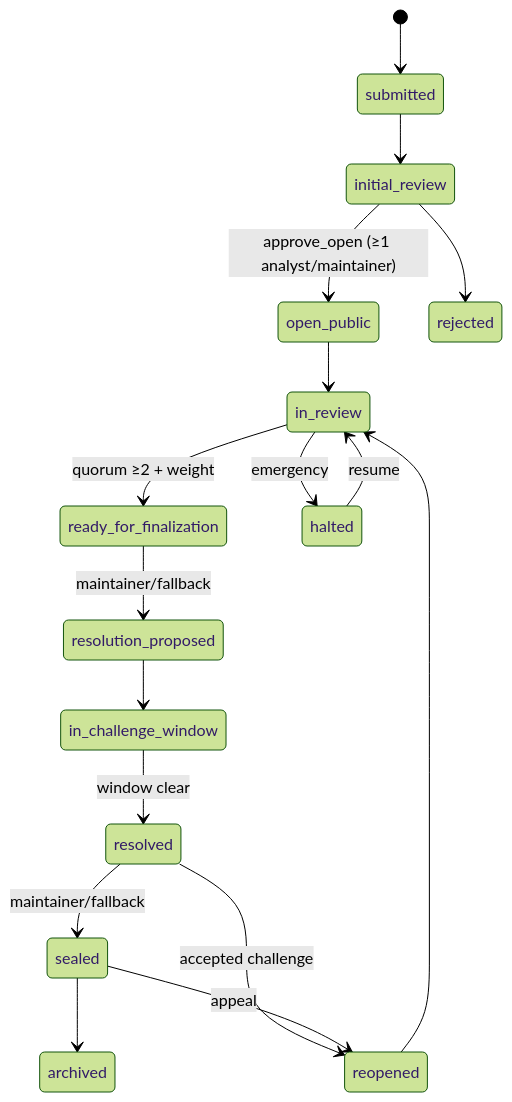
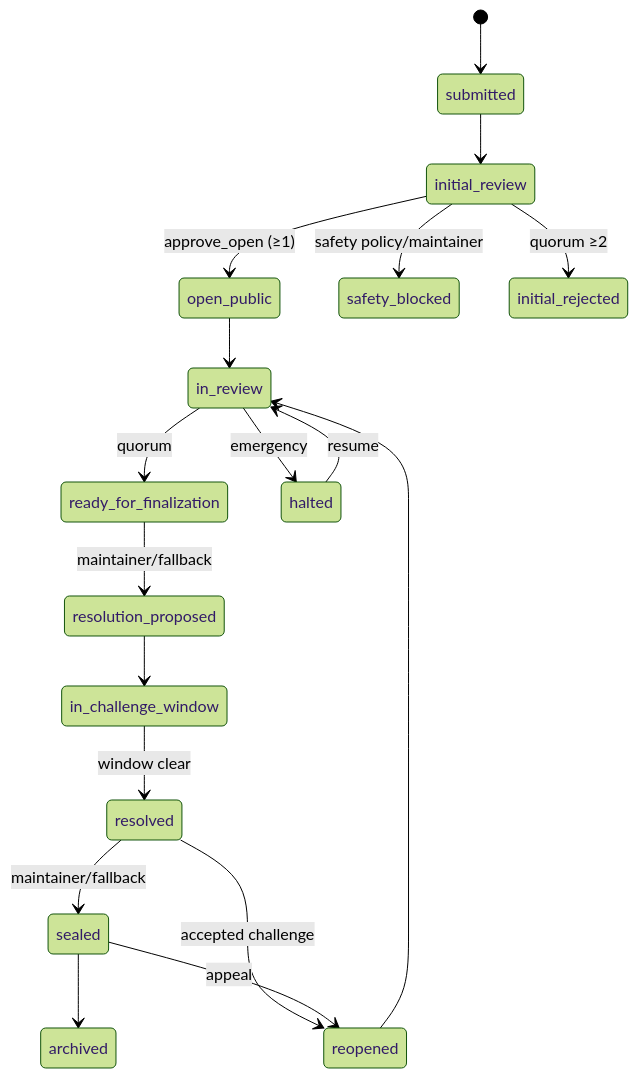
Before and after one commit to friendlyfiree/open-solana-intelligence: the first of 3 diagrams in docs/OSI_V2_STATE_MACHINES.md, drawn with Mermaid (forest theme). The commit also changed other lines of this file and 11 other files, not shown here.

First line of the commit message:
Revise OSI V2 blueprint after architecture review

````diff
--- a/docs/OSI_V2_STATE_MACHINES.md
+++ b/docs/OSI_V2_STATE_MACHINES.md
@@ -33,19 +39,20 @@
 ```mermaid
 stateDiagram-v2
   [*] --> submitted
   submitted --> initial_review
-  initial_review --> open_public: approve_open (≥1 analyst/maintainer)
-  initial_review --> rejected
+  initial_review --> open_public: approve_open (≥1)
+  initial_review --> safety_blocked: safety policy/maintainer
+  initial_review --> initial_rejected: quorum ≥2
   open_public --> in_review
-  in_review --> ready_for_finalization: quorum ≥2 + weight
+  in_review --> ready_for_finalization: quorum
   ready_for_finalization --> resolution_proposed: maintainer/fallback
   resolution_proposed --> in_challenge_window
   in_challenge_window --> resolved: window clear
   resolved --> sealed: maintainer/fallback
   sealed --> archived
   resolved --> reopened: accepted challenge
   sealed --> reopened: appeal
   reopened --> in_review
   in_review --> halted: emergency
   halted --> in_review: resume
 ```
````
